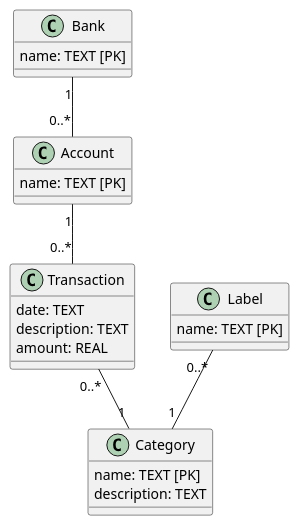
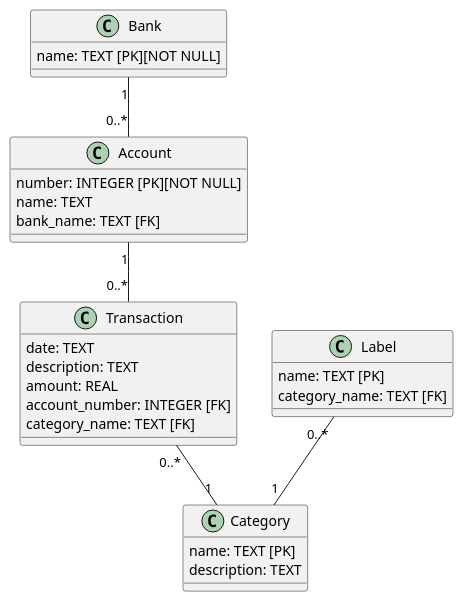
The diagram in source/doc/database_project.class.plantuml (nboutin/buba_engine), drawn with PlantUML before and after one commit. The commit also changed 3 other files, not shown here.

Commit message:
add table bank and account

```diff
--- a/source/doc/database_project.class.plantuml
+++ b/source/doc/database_project.class.plantuml
@@ -1,32 +1,37 @@
 @startuml
 
 class Bank {
-	name: TEXT [PK]
+	name: TEXT [PK][NOT NULL]
 }
 
 class Account {
-	name: TEXT [PK]
+	number: INTEGER [PK][NOT NULL]
+	name: TEXT
+	bank_name: TEXT [FK]
 }
 
 class Transaction {
 	date: TEXT
 	description: TEXT
 	amount: REAL
+	account_number: INTEGER [FK]
+	category_name: TEXT [FK]
 }
 
 class Label {
 	name: TEXT [PK]
+	category_name: TEXT [FK]
 }
 
 class Category {
 	name: TEXT [PK]
 	description: TEXT
 }
 
 
 Bank "1" -- "0..*" Account
 Account "1" -- "0..*" Transaction
 Transaction "0..*" -- "1" Category
 Label "0..*" -- "1" Category
 
 @enduml
```
